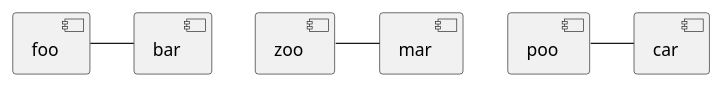
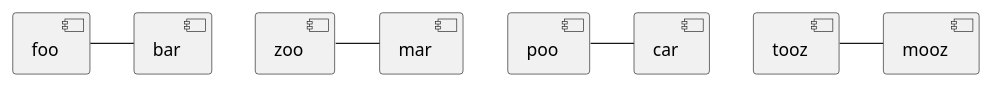
The diagram in newfile.puml (claytantor/aorbtest-uml), drawn with PlantUML before and after one commit.

Commit message:
tooz mooze

```diff
--- a/newfile.puml
+++ b/newfile.puml
@@ -1,5 +1,6 @@
 @startuml 
 [foo]-[bar] 
 [zoo]-[mar]
 [poo]-[car]
+[tooz]-[mooz]
 @enduml
```
